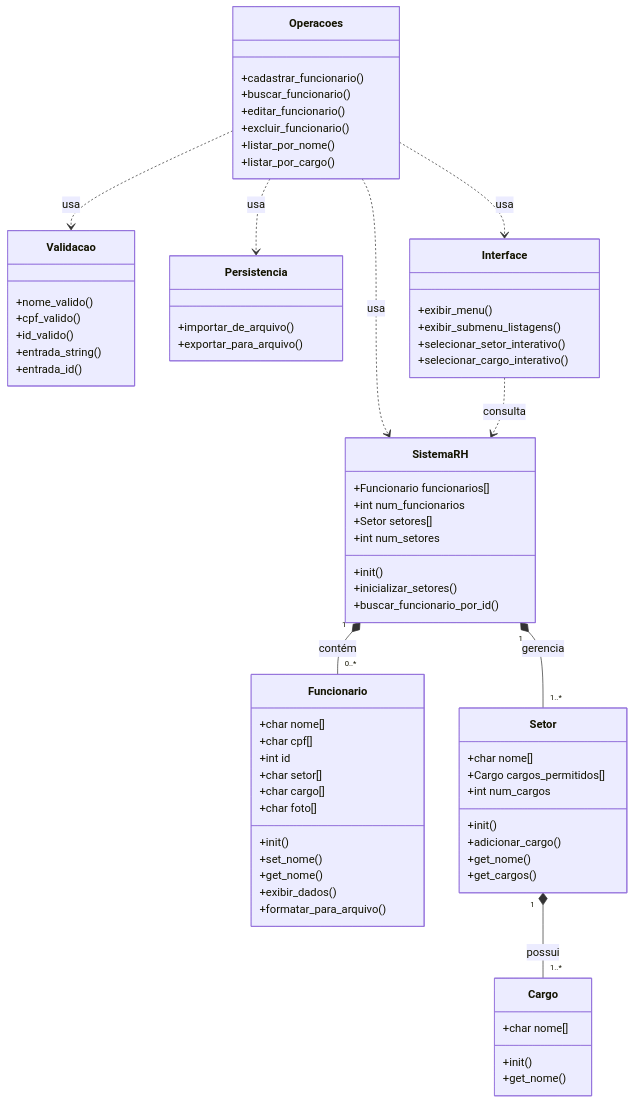
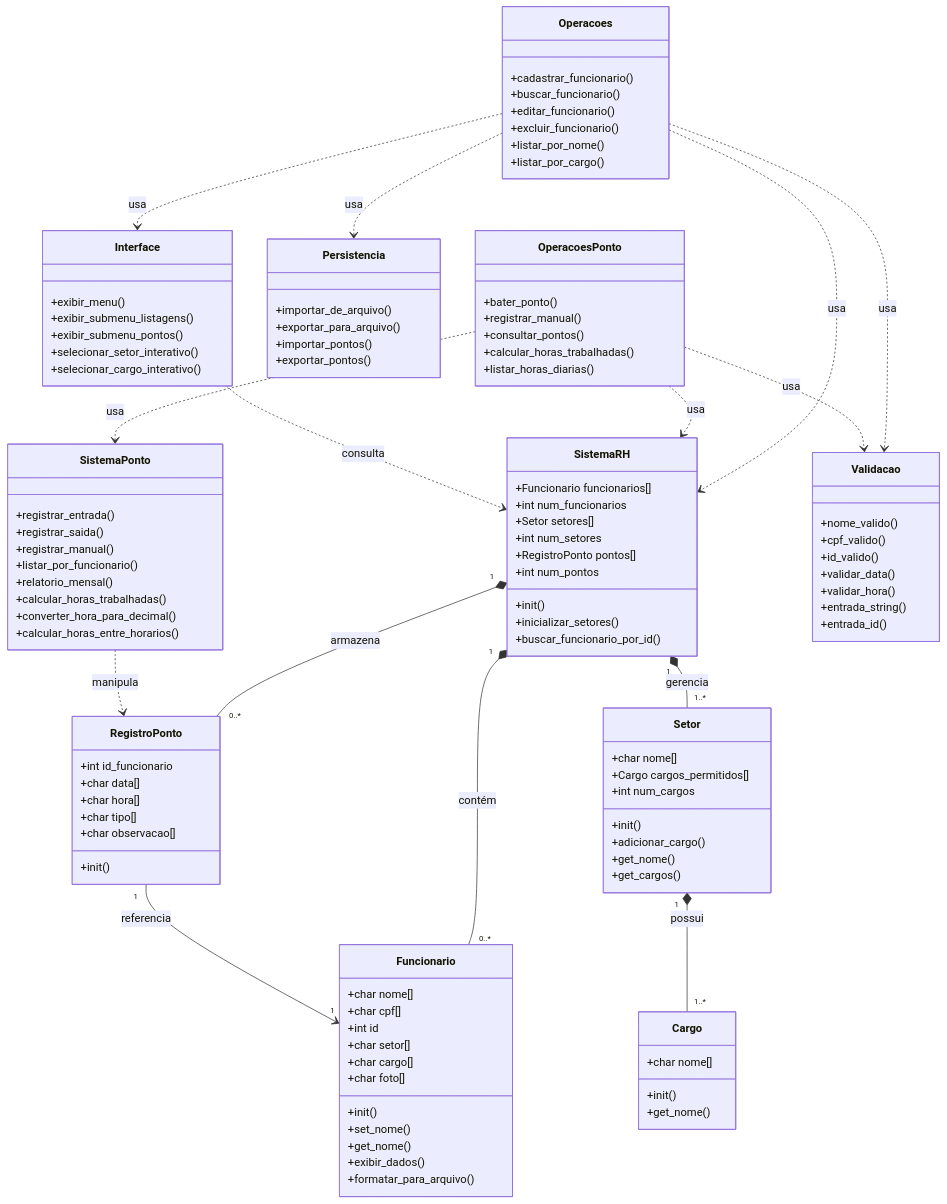
Before and after one commit to karollynecosta/modulo-rh-erp: the third of 5 diagrams in ARQUITETURA.md, drawn with Mermaid. The commit also changed other lines of this file and 4 other files, not shown here.

```diff
--- a/ARQUITETURA.md
+++ b/ARQUITETURA.md
@@ -112,6 +140,8 @@
         +int num_funcionarios
         +Setor setores[]
         +int num_setores
+        +RegistroPonto pontos[]
+        +int num_pontos
         +init()
         +inicializar_setores()
         +buscar_funcionario_por_id()
@@ -131,6 +161,15 @@
         +formatar_para_arquivo()
     }
 
+    class RegistroPonto {
+        +int id_funcionario
+        +char data[]
+        +char hora[]
+        +char tipo[]
+        +char observacao[]
+        +init()
+    }
+
     class Setor {
         +char nome[]
         +Cargo cargos_permitidos[]
@@ -147,6 +186,25 @@
         +get_nome()
     }
 
+    class OperacoesPonto {
+        +bater_ponto()
+        +registrar_manual()
+        +consultar_pontos()
+        +calcular_horas_trabalhadas()
+        +listar_horas_diarias()
+    }
+
+    class SistemaPonto {
+        +registrar_entrada()
+        +registrar_saida()
+        +registrar_manual()
+        +listar_por_funcionario()
+        +relatorio_mensal()
+        +calcular_horas_trabalhadas()
+        +converter_hora_para_decimal()
+        +calcular_horas_entre_horarios()
+    }
+
     class Operacoes {
         +cadastrar_funcionario()
         +buscar_funcionario()
@@ -160,6 +218,8 @@
         +nome_valido()
         +cpf_valido()
         +id_valido()
+        +validar_data()
+        +validar_hora()
         +entrada_string()
         +entrada_id()
     }
@@ -167,20 +227,29 @@
     class Persistencia {
         +importar_de_arquivo()
         +exportar_para_arquivo()
+        +importar_pontos()
+        +exportar_pontos()
     }
 
     class Interface {
         +exibir_menu()
         +exibir_submenu_listagens()
+        +exibir_submenu_pontos()
         +selecionar_setor_interativo()
         +selecionar_cargo_interativo()
     }
 
     SistemaRH "1" *-- "0..*" Funcionario : contém
     SistemaRH "1" *-- "1..*" Setor : gerencia
+    SistemaRH "1" *-- "0..*" RegistroPonto : armazena
     Setor "1" *-- "1..*" Cargo : possui
+    RegistroPonto "1" --> "1" Funcionario : referencia
     Operacoes ..> SistemaRH : usa
+    OperacoesPonto ..> SistemaRH : usa
+    OperacoesPonto ..> SistemaPonto : usa
+    SistemaPonto ..> RegistroPonto : manipula
     Operacoes ..> Validacao : usa
+    OperacoesPonto ..> Validacao : usa
     Operacoes ..> Persistencia : usa
     Operacoes ..> Interface : usa
     Interface ..> SistemaRH : consulta
```
